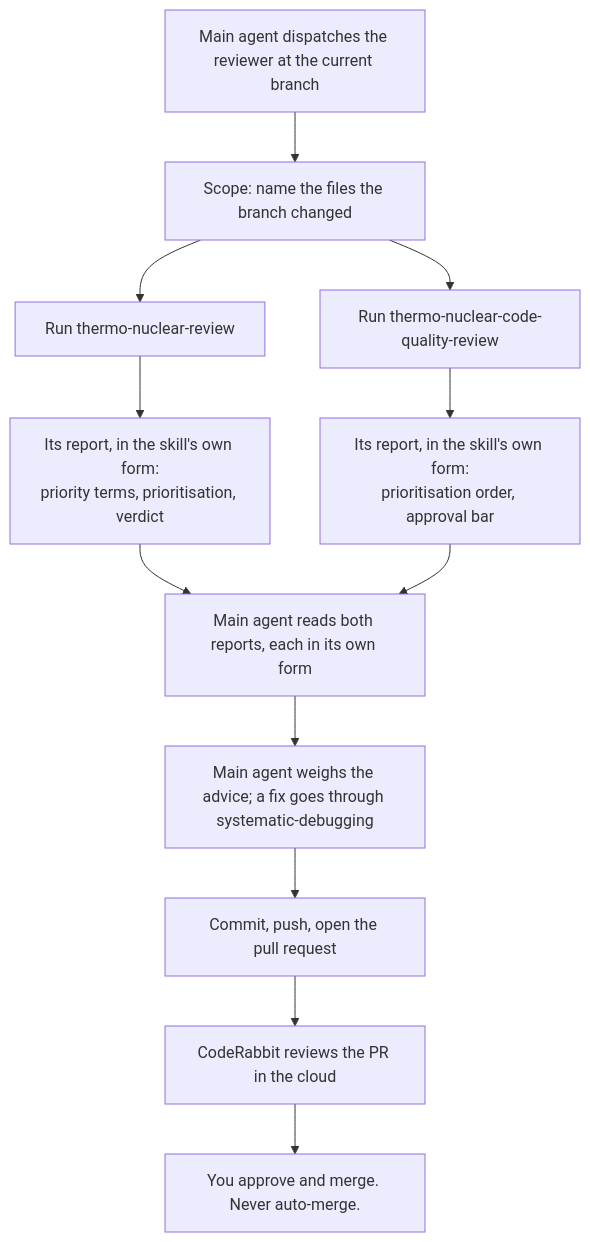
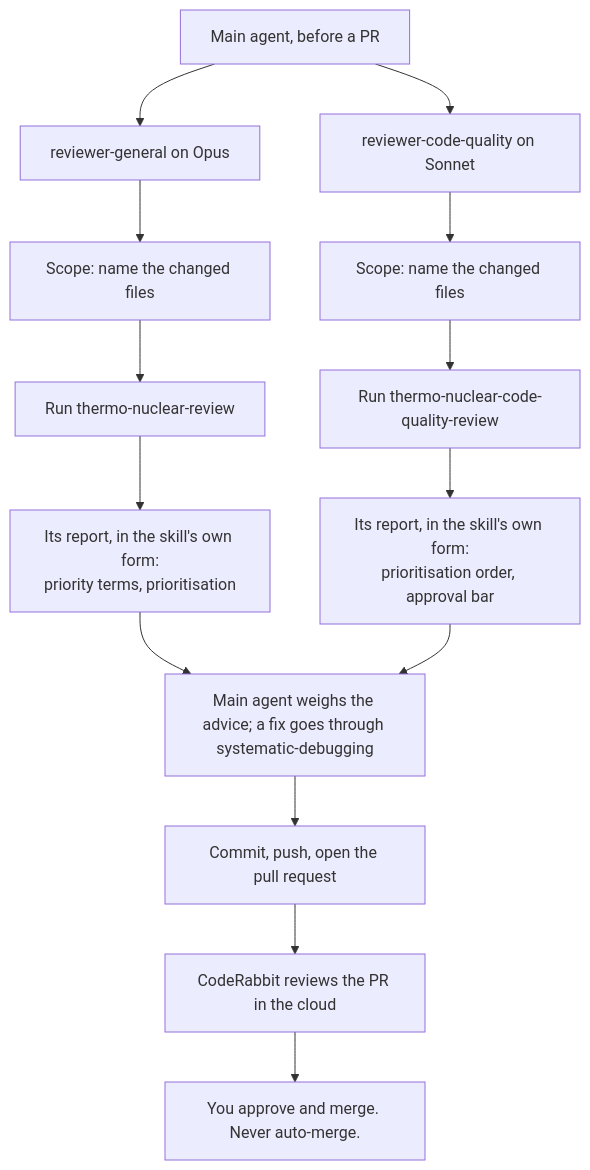
One commit to RajarshiB21/Remoticon changed the second of 2 diagrams in README.md. Above: the diagram before and after it, drawn with Mermaid. The commit also changed other lines of this file and 3 other files, not shown here.

````diff
--- a/README.md
+++ b/README.md
@@ -46,14 +49,16 @@
 ```mermaid
 flowchart TD
-    A[Main agent dispatches the reviewer at the current branch] --> B[Scope: name the files the branch changed]
-    B --> C[Run thermo-nuclear-review]
-    B --> D[Run thermo-nuclear-code-quality-review]
-    C --> E["Its report, in the skill's own form:<br/>priority terms, prioritisation, verdict"]
-    D --> F["Its report, in the skill's own form:<br/>prioritisation order, approval bar"]
-    E --> G[Main agent reads both reports, each in its own form]
-    F --> G
-    G --> H[Main agent weighs the advice; a fix goes through systematic-debugging]
-    H --> I[Commit, push, open the pull request]
+    A[Main agent, before a PR] --> B[reviewer-general on Opus]
+    A --> C[reviewer-code-quality on Sonnet]
+    B --> B1[Scope: name the changed files]
+    C --> C1[Scope: name the changed files]
+    B1 --> B2[Run thermo-nuclear-review]
+    C1 --> C2[Run thermo-nuclear-code-quality-review]
+    B2 --> B3["Its report, in the skill's own form:<br/>priority terms, prioritisation"]
+    C2 --> C3["Its report, in the skill's own form:<br/>prioritisation order, approval bar"]
+    B3 --> G[Main agent weighs the advice; a fix goes through systematic-debugging]
+    C3 --> G
+    G --> I[Commit, push, open the pull request]
     I --> J[CodeRabbit reviews the PR in the cloud]
     J --> K[You approve and merge. Never auto-merge.]
 ```
````
